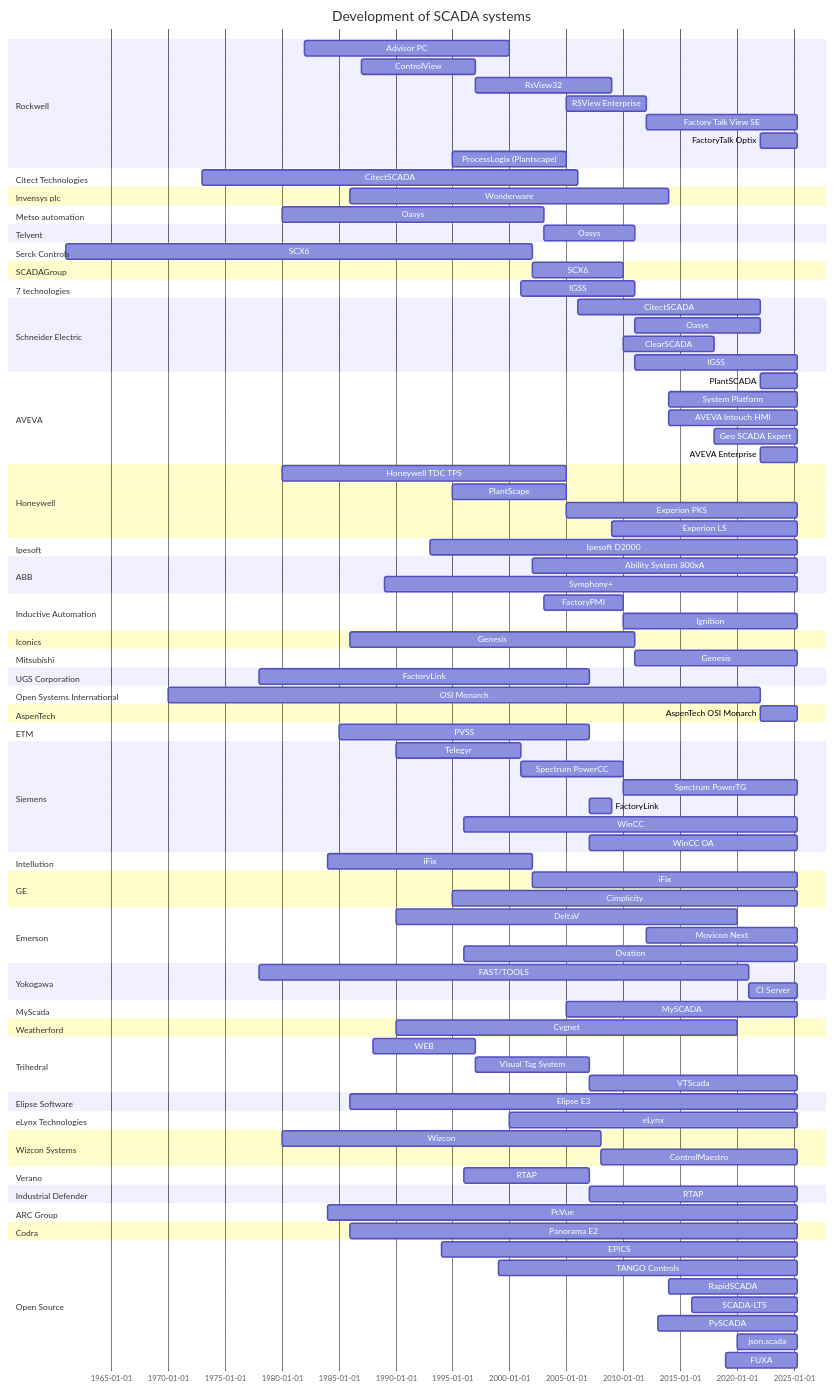
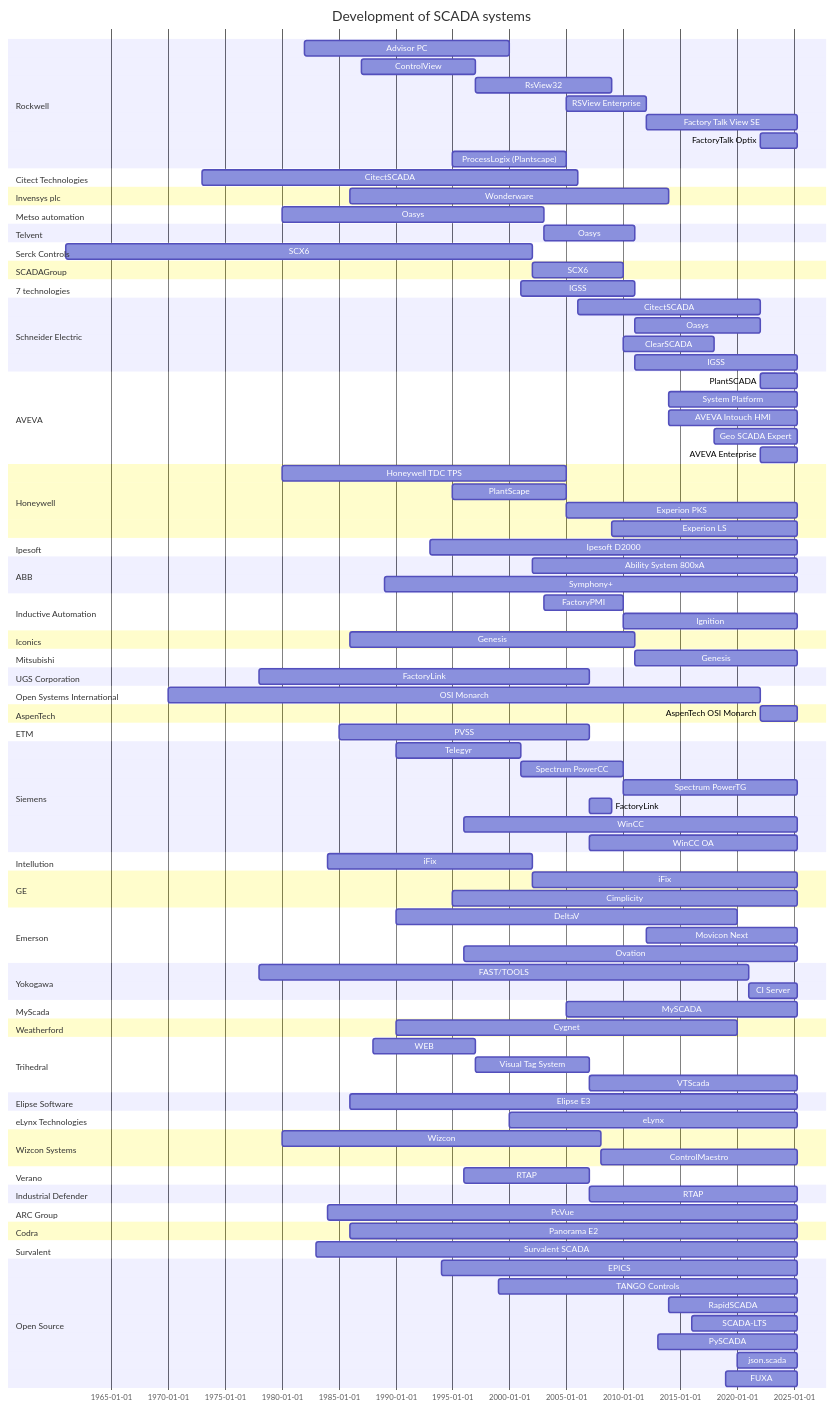
The diagram in README.md (hutcheb/scada-timeline), drawn with Mermaid before and after one commit.

Commit message:
feat: Survalent SCADA

```diff
--- a/README.md
+++ b/README.md
@@ -150,6 +150,10 @@
     section Codra
         %%(https://www.linkedin.com/showcase/codra-panorama-platform/about/)
         Panorama E2 : panorama, 1986, until 2025   
+    section Survalent
+        %%(https://www.survalent.com/our-promise/)
+        Survalent SCADA : panorama, 1983, until 2025  
+        
     section Open Source
         %%(https://en.wikipedia.org/wiki/EPICS)
         EPICS : epics, 1994, until 2025
```
